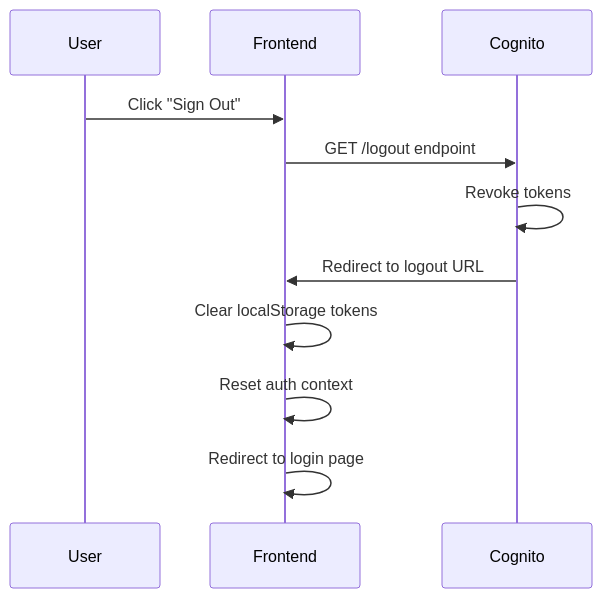
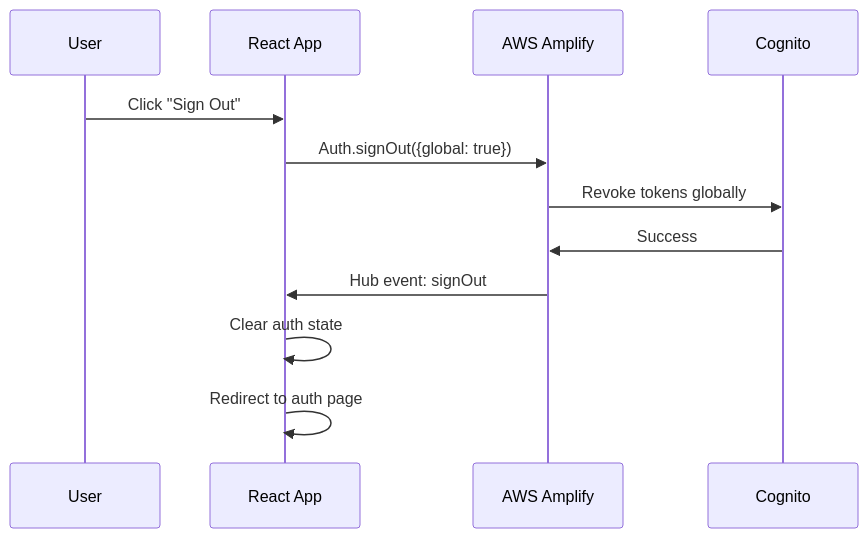
The fourth of 4 diagrams in .kiro/specs/social-authentication/design.md (chrismgonzalez/madewithkiro), drawn with Mermaid before and after one commit. The commit also changed other lines of this file and 6 other files, not shown here.

````diff
--- a/.kiro/specs/social-authentication/design.md
+++ b/.kiro/specs/social-authentication/design.md
@@ -552,14 +940,15 @@
 ```mermaid
 sequenceDiagram
     participant U as User
-    participant F as Frontend
+    participant R as React App
+    participant A as AWS Amplify
     participant C as Cognito
 
-    U->>F: Click "Sign Out"
-    F->>C: GET /logout endpoint
-    C->>C: Revoke tokens
-    C->>F: Redirect to logout URL
-    F->>F: Clear localStorage tokens
-    F->>F: Reset auth context
-    F->>F: Redirect to login page
+    U->>R: Click "Sign Out"
+    R->>A: Auth.signOut({global: true})
+    A->>C: Revoke tokens globally
+    C->>A: Success
+    A->>R: Hub event: signOut
+    R->>R: Clear auth state
+    R->>R: Redirect to auth page
 ```
````
